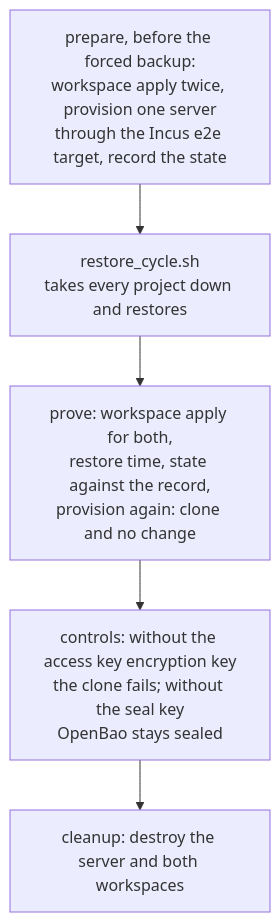
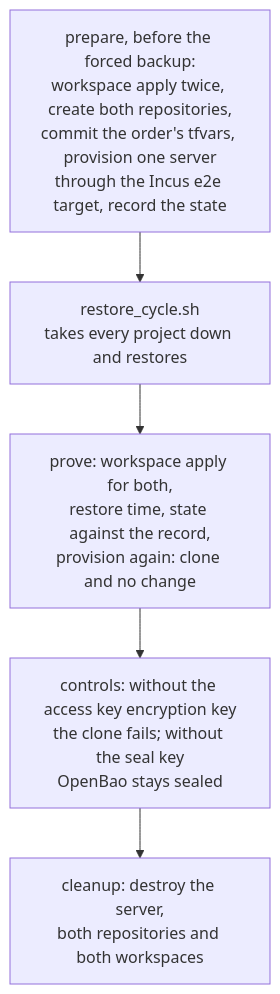
One commit to infinito-nexus/core changed the fifth of 5 diagrams in roles/svc-bkp-volume-2-local/files/test/README.md. Above: the diagram before and after it, drawn with Mermaid. The commit also changed other lines of this file and 7 other files, not shown here.

````diff
--- a/roles/svc-bkp-volume-2-local/files/test/README.md
+++ b/roles/svc-bkp-volume-2-local/files/test/README.md
@@ -235,7 +235,7 @@
 ```mermaid
 flowchart TD
-    PREP["prepare, before the forced backup:<br>workspace apply twice, provision one server<br>through the Incus e2e target, record the state"] --> CYCLE["restore_cycle.sh<br>takes every project down and restores"]
+    PREP["prepare, before the forced backup:<br>workspace apply twice, create both repositories,<br>commit the order's tfvars, provision one server<br>through the Incus e2e target, record the state"] --> CYCLE["restore_cycle.sh<br>takes every project down and restores"]
     CYCLE --> PROVE["prove: workspace apply for both,<br>restore time, state against the record,<br>provision again: clone and no change"]
     PROVE --> CTRL["controls: without the access key encryption key<br>the clone fails; without the seal key<br>OpenBao stays sealed"]
-    CTRL --> CLEAN["cleanup: destroy the server and both workspaces"]
+    CTRL --> CLEAN["cleanup: destroy the server,<br>both repositories and both workspaces"]
 ```
````
